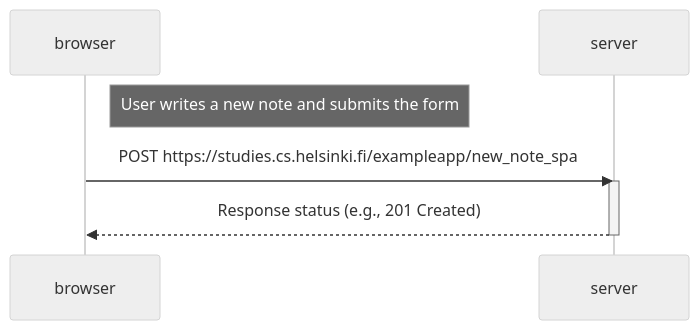
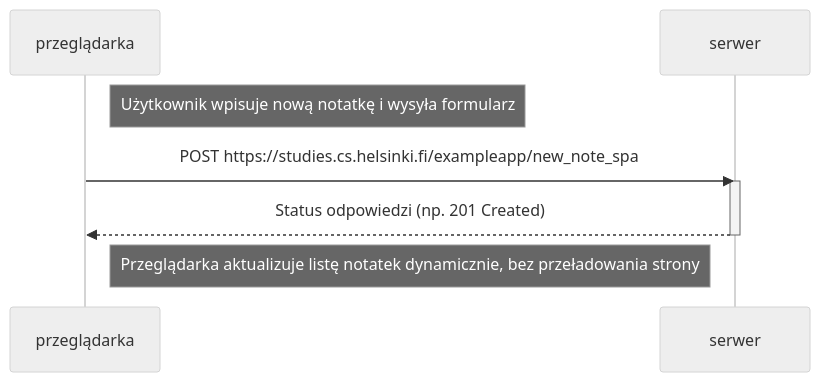
One commit to Layer2843/my-repo changed the diagram in Part0/zad0-6.mmd. Above: the diagram before and after it, drawn with Mermaid (neutral theme). The commit also changed 2 other files, not shown here.

```diff
--- a/Part0/zad0-6.mmd
+++ b/Part0/zad0-6.mmd
@@ -1,10 +1,12 @@
 sequenceDiagram
-    participant browser
-    participant server
+    participant przeglądarka
+    participant serwer
 
-    Note right of browser: User writes a new note and submits the form
+    Note right of przeglądarka: Użytkownik wpisuje nową notatkę i wysyła formularz
 
-    browser->>server: POST https://studies.cs.helsinki.fi/exampleapp/new_note_spa
-    activate server
-    server-->>browser: Response status (e.g., 201 Created)
-    deactivate server
+    przeglądarka->>serwer: POST https://studies.cs.helsinki.fi/exampleapp/new_note_spa
+    activate serwer
+    serwer-->>przeglądarka: Status odpowiedzi (np. 201 Created)
+    deactivate serwer
+
+    Note right of przeglądarka: Przeglądarka aktualizuje listę notatek dynamicznie, bez przeładowania strony
```
